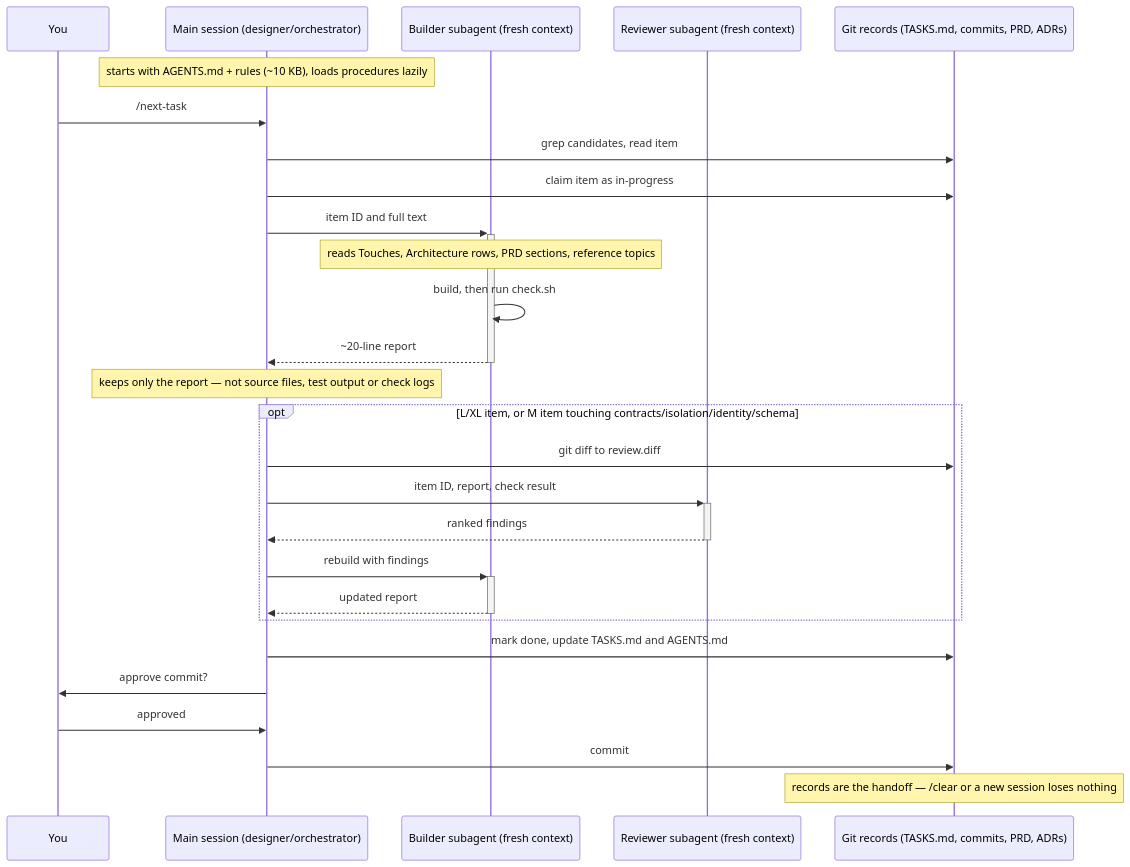
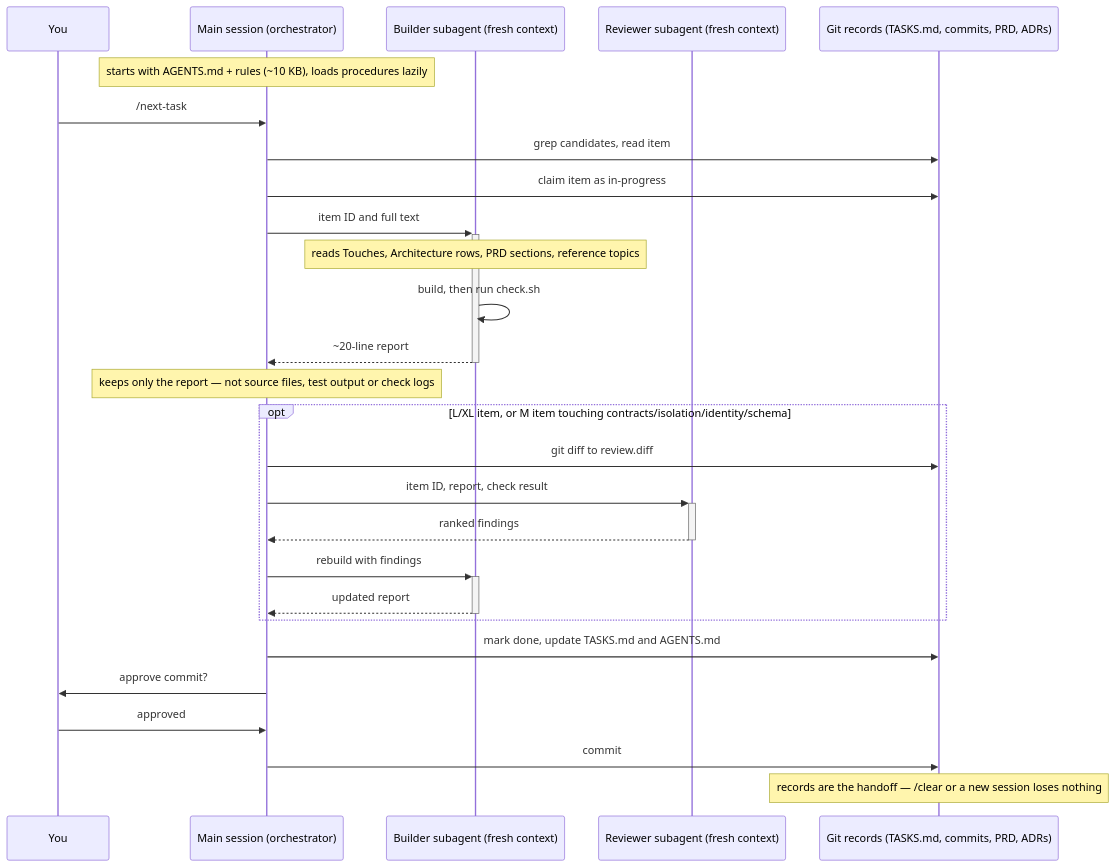
The diagram in README.md (Freakling/SaaSAllTheThings), drawn with Mermaid before and after one commit. The commit also changed other lines of this file and 24 other files, not shown here.

````diff
--- a/README.md
+++ b/README.md
@@ -212,34 +212,34 @@
 ```mermaid
 sequenceDiagram
     participant H as You
-    participant M as Main session (designer/orchestrator)
+    participant M as Main session (orchestrator)
     participant B as Builder subagent (fresh context)
     participant Rev as Reviewer subagent (fresh context)
     participant R as Git records (TASKS.md, commits, PRD, ADRs)
 
     Note over M: starts with AGENTS.md + rules (~10 KB), loads procedures lazily
 
     H->>M: /next-task
     M->>R: grep candidates, read item
     M->>R: claim item as in-progress
     M->>+B: item ID and full text
     Note over B: reads Touches, Architecture rows, PRD sections, reference topics
     B->>B: build, then run check.sh
     B-->>-M: ~20-line report
     Note over M: keeps only the report — not source files, test output or check logs
 
     opt L/XL item, or M item touching contracts/isolation/identity/schema
         M->>R: git diff to review.diff
         M->>+Rev: item ID, report, check result
         Rev-->>-M: ranked findings
         M->>+B: rebuild with findings
         B-->>-M: updated report
     end
 
     M->>R: mark done, update TASKS.md and AGENTS.md
     M->>H: approve commit?
     H->>M: approved
     M->>R: commit
 
     Note over R: records are the handoff — /clear or a new session loses nothing
 ```
````
